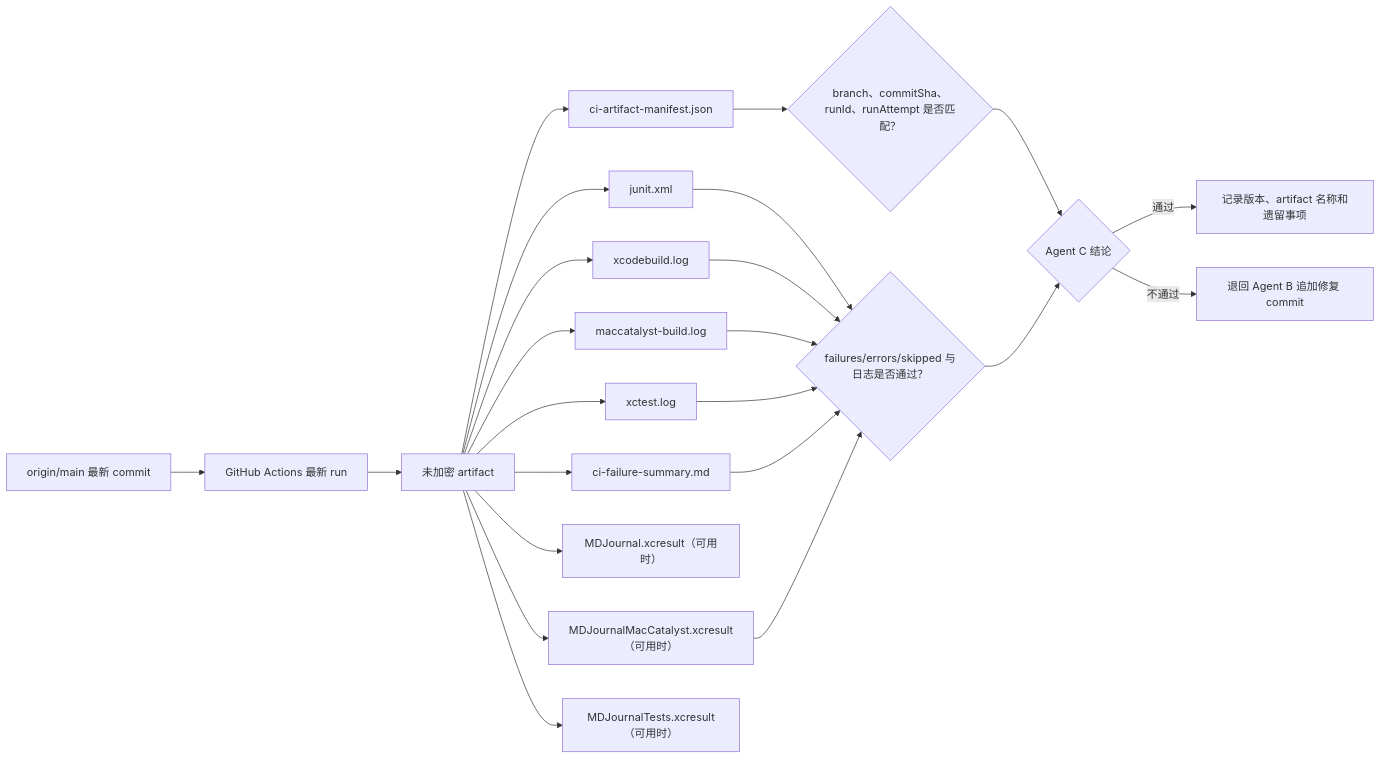
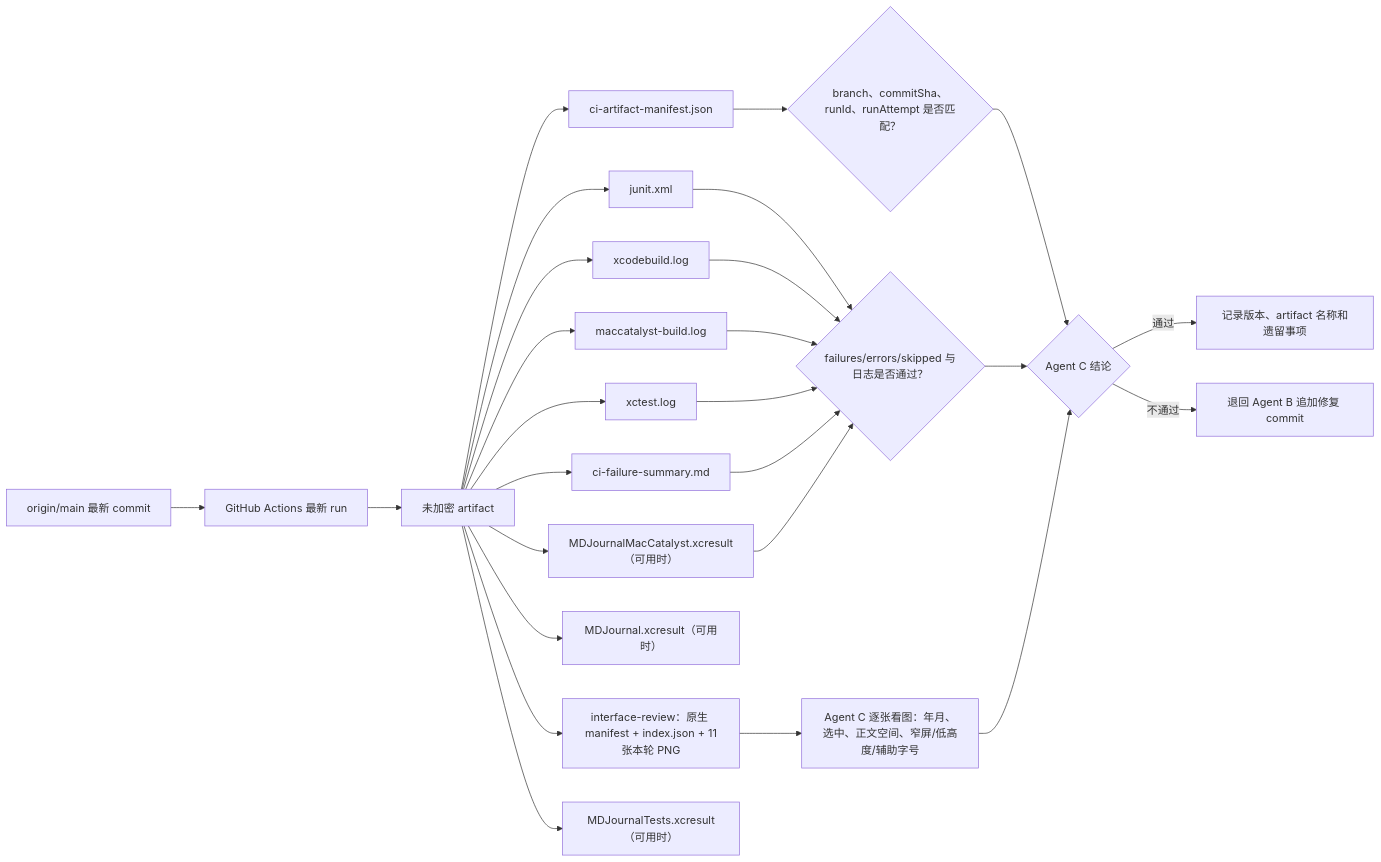
One commit to Altman-sam114/117 changed the seventh of 10 diagrams in md/flow/flowchart.md. Above: the diagram before and after it, drawn with Mermaid. The commit also changed other lines of this file and 17 other files, not shown here.

````diff
--- a/md/flow/flowchart.md
+++ b/md/flow/flowchart.md
@@ -317,25 +318,28 @@
 ```mermaid
 flowchart LR
   OriginMain["origin/main 最新 commit"] --> Run["GitHub Actions 最新 run"]
   Run --> Artifact["未加密 artifact"]
   Artifact --> Manifest["ci-artifact-manifest.json"]
   Artifact --> JUnit["junit.xml"]
   Artifact --> BuildLog["xcodebuild.log"]
   Artifact --> CatalystLog["maccatalyst-build.log"]
   Artifact --> TestLog["xctest.log"]
+  Artifact --> Images["interface-review：原生 manifest + index.json + 11张本轮 PNG"]
+  Images --> VisualReview["Agent C 逐张看图：年月、选中、正文空间、窄屏/低高度/辅助字号"]
   Artifact --> Summary["ci-failure-summary.md"]
   Artifact --> XCResult["MDJournal.xcresult（可用时）"]
   Artifact --> CatalystResult["MDJournalMacCatalyst.xcresult（可用时）"]
   Artifact --> TestResult["MDJournalTests.xcresult（可用时）"]
   Manifest --> Match{"branch、commitSha、runId、runAttempt 是否匹配？"}
   JUnit --> Outcome{"failures/errors/skipped 与日志是否通过？"}
   BuildLog --> Outcome
   CatalystLog --> Outcome
   TestLog --> Outcome
   Summary --> Outcome
   CatalystResult --> Outcome
   Match --> Accept{"Agent C 结论"}
   Outcome --> Accept
+  VisualReview --> Accept
   Accept -- "通过" --> Record["记录版本、artifact 名称和遗留事项"]
   Accept -- "不通过" --> Repair["退回 Agent B 追加修复 commit"]
 ```
````
